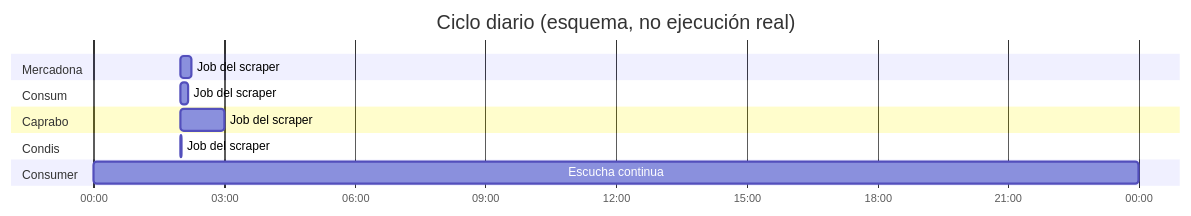
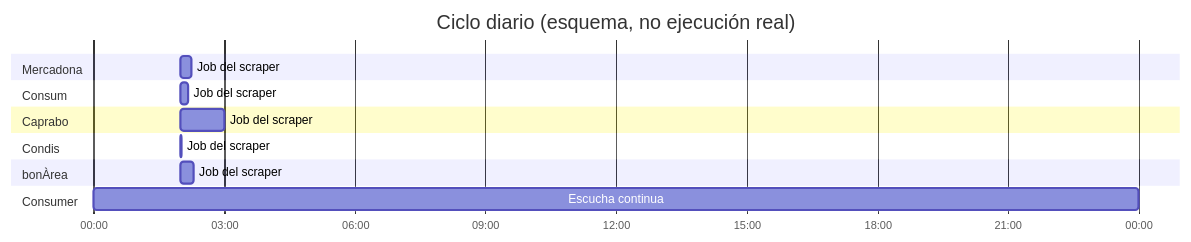
The third of 3 diagrams in flujo-entrada/docs/02-flujo-datos.md (TheMinimalOwl/PTI-Q26-27-TARDOR), drawn with Mermaid before and after one commit. The commit also changed other lines of this file and 23 other files, not shown here.

First line of the commit message:
Ingesta: scraper de bonÀrea y despliegue de API y BD en la VM

````diff
--- a/flujo-entrada/docs/02-flujo-datos.md
+++ b/flujo-entrada/docs/02-flujo-datos.md
@@ -77,16 +77,18 @@
 ```mermaid
 gantt
   title Ciclo diario (esquema, no ejecución real)
   dateFormat HH:mm
   axisFormat %H:%M
   section Mercadona
   Job del scraper        :02:00, 15m
   section Consum
   Job del scraper        :02:00, 10m
   section Caprabo
   Job del scraper        :02:00, 60m
   section Condis
   Job del scraper        :02:00, 2m
+  section bonÀrea
+  Job del scraper        :02:00, 18m
   section Consumer
   Escucha continua       :00:00, 24h
 ```
````
